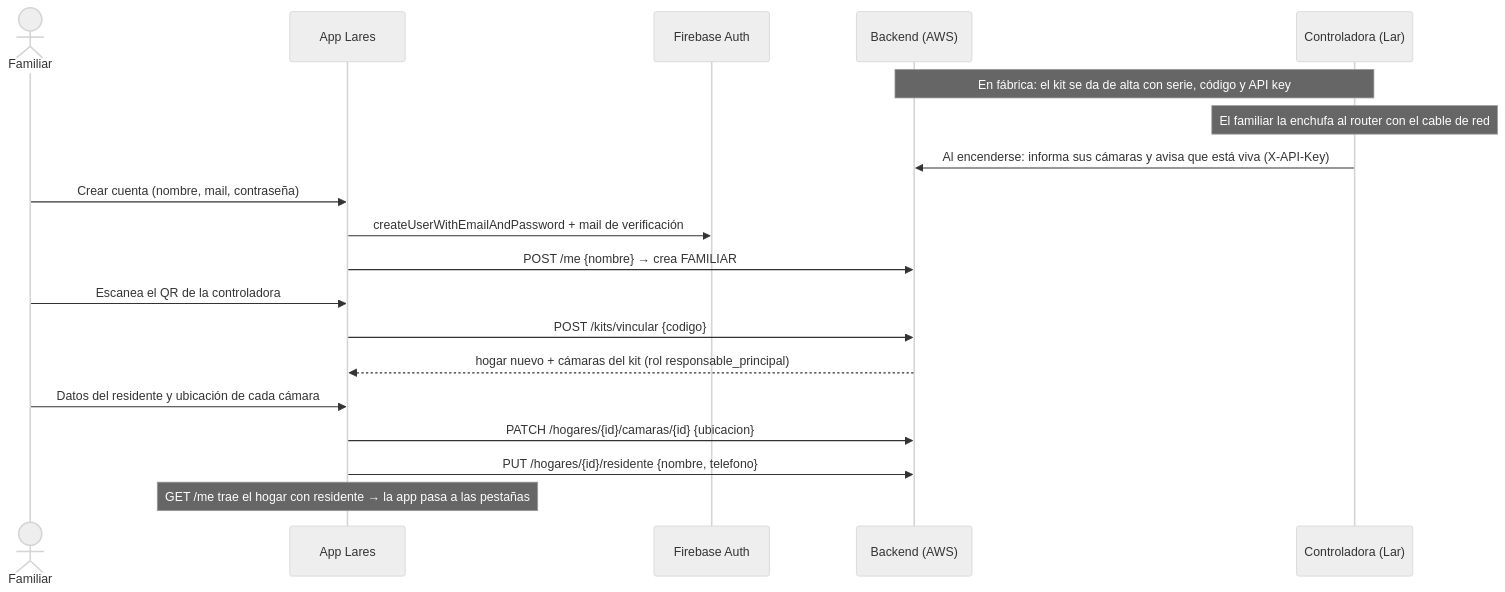
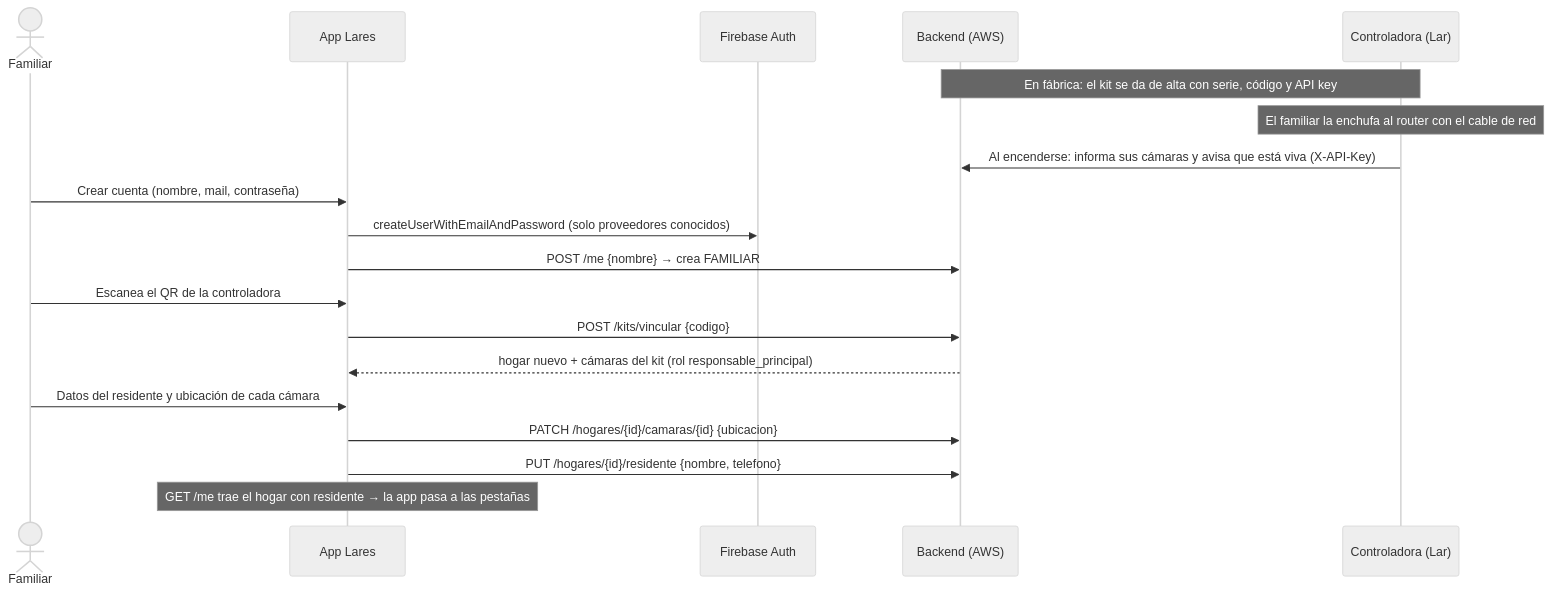
Before and after one commit to Lucasellero/PFI_Ellero_Ferrario_Frontend: the first of 2 diagrams in docs/vinculacion-kit.md, drawn with Mermaid (neutral theme). The commit also changed other lines of this file and 14 other files, not shown here.

````diff
--- a/docs/vinculacion-kit.md
+++ b/docs/vinculacion-kit.md
@@ -14,22 +18,22 @@
 ```mermaid
 sequenceDiagram
     actor F as Familiar
     participant App as App Lares
     participant FB as Firebase Auth
     participant API as Backend (AWS)
     participant Lar as Controladora (Lar)
 
     Note over Lar,API: En fábrica: el kit se da de alta con serie, código y API key
     Note over Lar: El familiar la enchufa al router con el cable de red
     Lar->>API: Al encenderse: informa sus cámaras y avisa que está viva (X-API-Key)
     F->>App: Crear cuenta (nombre, mail, contraseña)
-    App->>FB: createUserWithEmailAndPassword + mail de verificación
+    App->>FB: createUserWithEmailAndPassword (solo proveedores conocidos)
     App->>API: POST /me {nombre}  → crea FAMILIAR
     F->>App: Escanea el QR de la controladora
     App->>API: POST /kits/vincular {codigo}
     API-->>App: hogar nuevo + cámaras del kit (rol responsable_principal)
     F->>App: Datos del residente y ubicación de cada cámara
     App->>API: PATCH /hogares/{id}/camaras/{id} {ubicacion}
     App->>API: PUT /hogares/{id}/residente {nombre, telefono}
     Note over App: GET /me trae el hogar con residente → la app pasa a las pestañas
 ```
````
